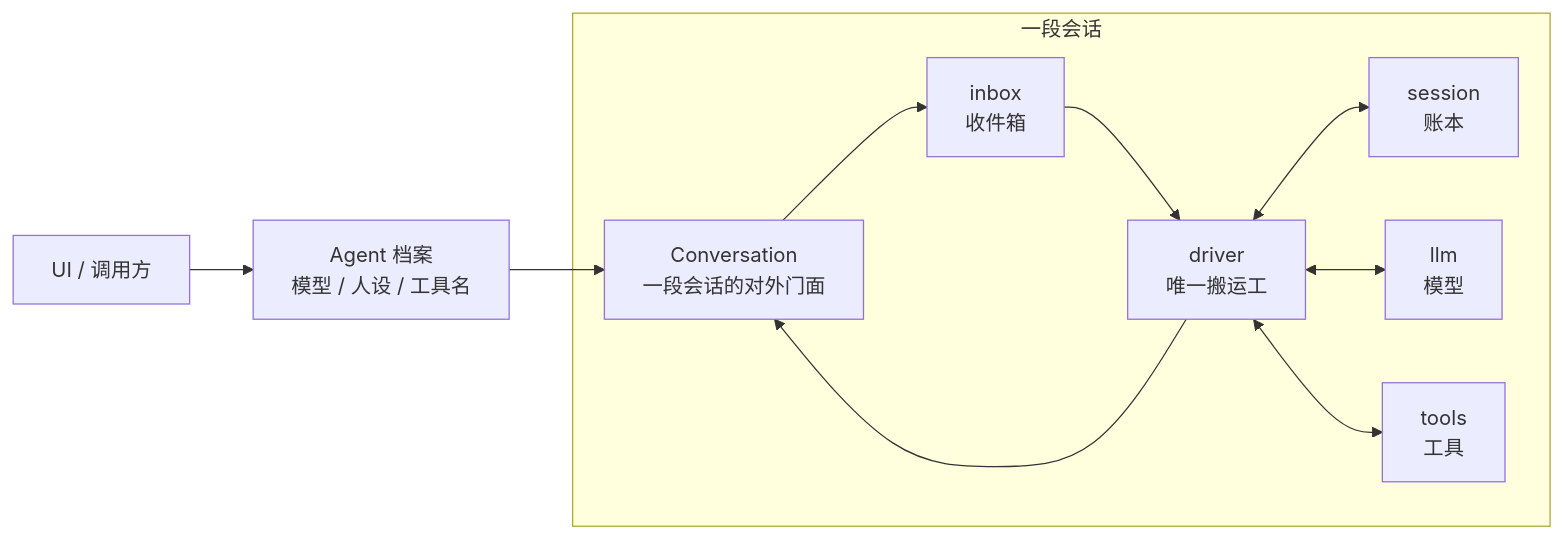
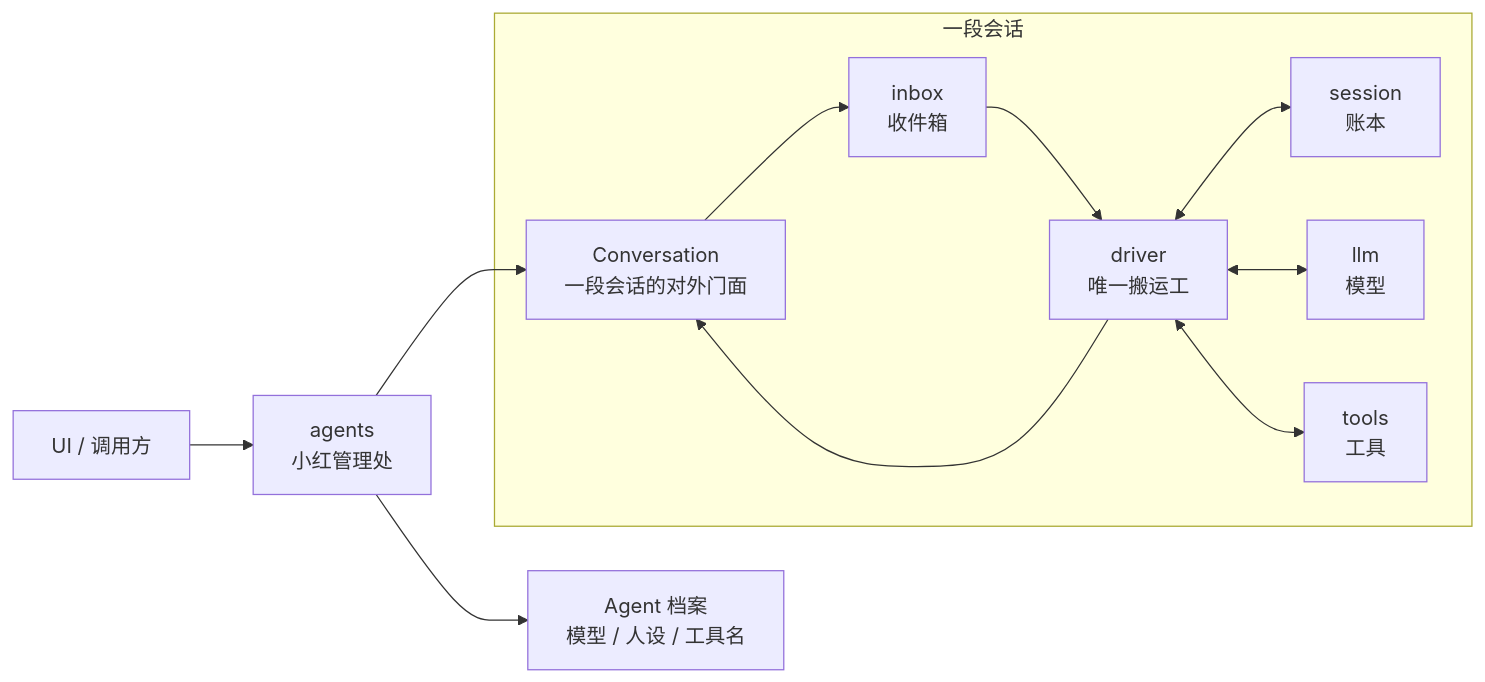
One commit to lucy971326/EDITH-Harness changed the first of 2 diagrams in loop/README.md. Above: the diagram before and after it, drawn with Mermaid. The commit also changed other lines of this file and 15 other files, not shown here.

````diff
--- a/loop/README.md
+++ b/loop/README.md
@@ -13,15 +13,16 @@
 ```mermaid
 flowchart LR
-    Caller["UI / 调用方"] --> Profile["Agent 档案<br/>模型 / 人设 / 工具名"]
-    Profile --> Conversation["Conversation<br/>一段会话的对外门面"]
+    Caller["UI / 调用方"] --> Agents["agents<br/>小红管理处"]
+    Agents --> Profile["Agent 档案<br/>模型 / 人设 / 工具名"]
+    Agents --> Conversation["Conversation<br/>一段会话的对外门面"]
 
     subgraph OneSession["一段会话"]
         Conversation --> Inbox["inbox<br/>收件箱"]
         Inbox --> Driver["driver<br/>唯一搬运工"]
         Driver <--> Book["session<br/>账本"]
         Driver <--> Model["llm<br/>模型"]
         Driver <--> Tools["tools<br/>工具"]
     end
 
     Driver --> Conversation
 ```
````
